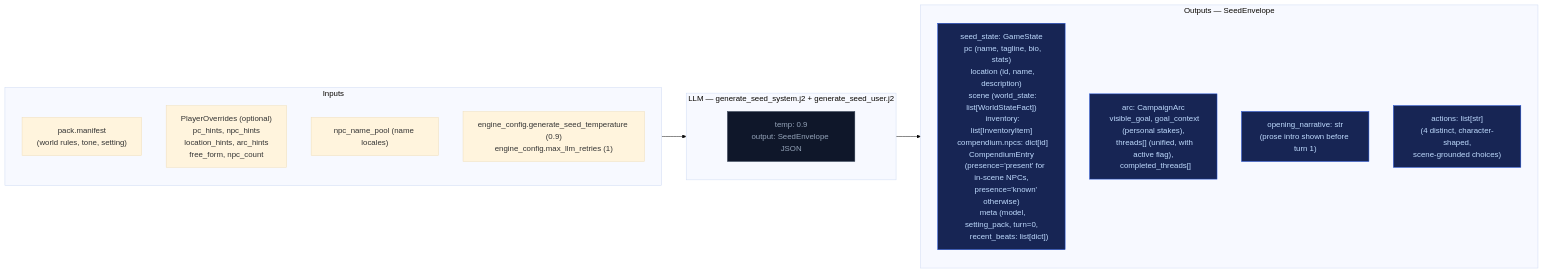
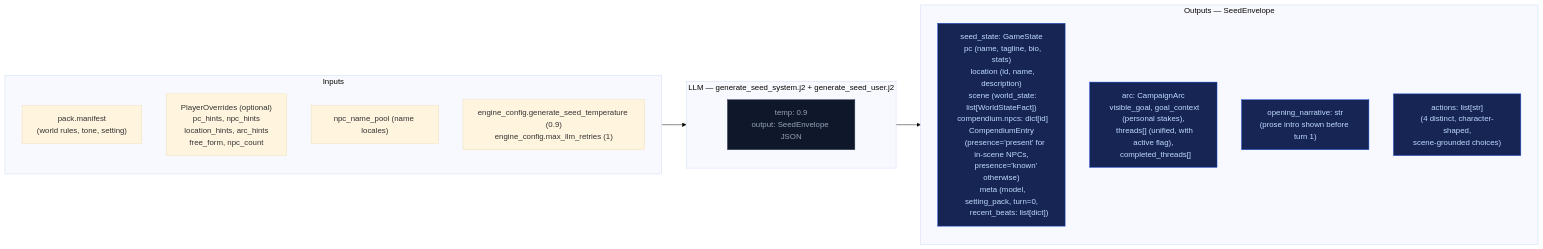
Before and after one commit to pww217/fablethread: the second of 2 diagrams in docs/architecture/out-of-band.md, drawn with Mermaid (base theme). The commit also changed other lines of this file and 5 other files, not shown here.

````diff
--- a/docs/architecture/out-of-band.md
+++ b/docs/architecture/out-of-band.md
@@ -32,26 +40,26 @@
 ```mermaid
 flowchart LR
     classDef llmNode fill:#0f172a,color:#94a3b8,stroke:#334155
     classDef outNode fill:#172554,color:#bfdbfe,stroke:#1d4ed8
 
     subgraph IN["Inputs"]
         G1["pack.manifest<br>(world rules, tone, setting)"]
         G3["PlayerOverrides (optional)<br>  pc_hints, npc_hints<br>  location_hints, arc_hints<br>  free_form, npc_count"]
         G4["npc_name_pool (name locales)"]
         G5["engine_config.generate_seed_temperature (0.9)<br>engine_config.max_llm_retries (1)"]
     end
 
     subgraph LLM_GS["LLM — generate_seed_system.j2 + generate_seed_user.j2"]
         GL["temp: 0.9<br>output: SeedEnvelope JSON"]:::llmNode
     end
 
     subgraph OUT["Outputs — SeedEnvelope"]
-        O1["seed_state: GameState<br>  pc (name, tagline, bio, stats)<br>  location (id, name, description)<br>  scene (world_state: list[WorldStateFact])<br>  inventory: list[InventoryItem]<br>  compendium.npcs: dict[id] CompendiumEntry<br>    (presence='present' for in-scene NPCs,<br>     presence='known' otherwise)<br>  meta (model, setting_pack, turn=0,<br>       recent_beats: list[dict])"]:::outNode
+        O1["seed_state: GameState<br>  pc (name, tagline, bio, stats)<br>  location (id, name, description)<br>  scene (world_state: list[WorldStateFact])<br>  compendium.npcs: dict[id] CompendiumEntry<br>    (presence='present' for in-scene NPCs,<br>     presence='known' otherwise)<br>  meta (model, setting_pack, turn=0,<br>       recent_beats: list[dict])"]:::outNode
         O2["arc: CampaignArc<br>  visible_goal, goal_context (personal stakes),<br>  threads[] (unified, with active flag),<br>  completed_threads[]"]:::outNode
         O3["opening_narrative: str<br>(prose intro shown before turn 1)"]:::outNode
         O4["actions: list[str]<br>(4 distinct, character-shaped,<br>scene-grounded choices)"]:::outNode
     end
 
     IN --> LLM_GS
     LLM_GS --> OUT
 ```
````
